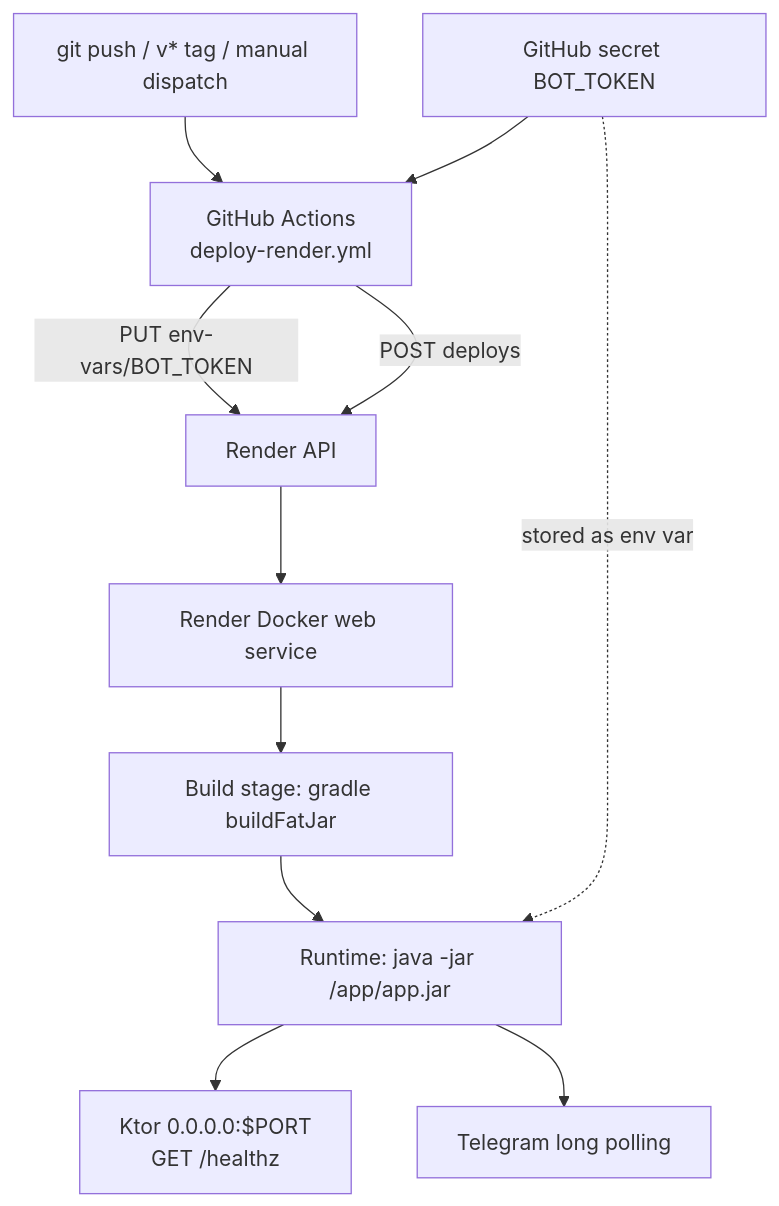
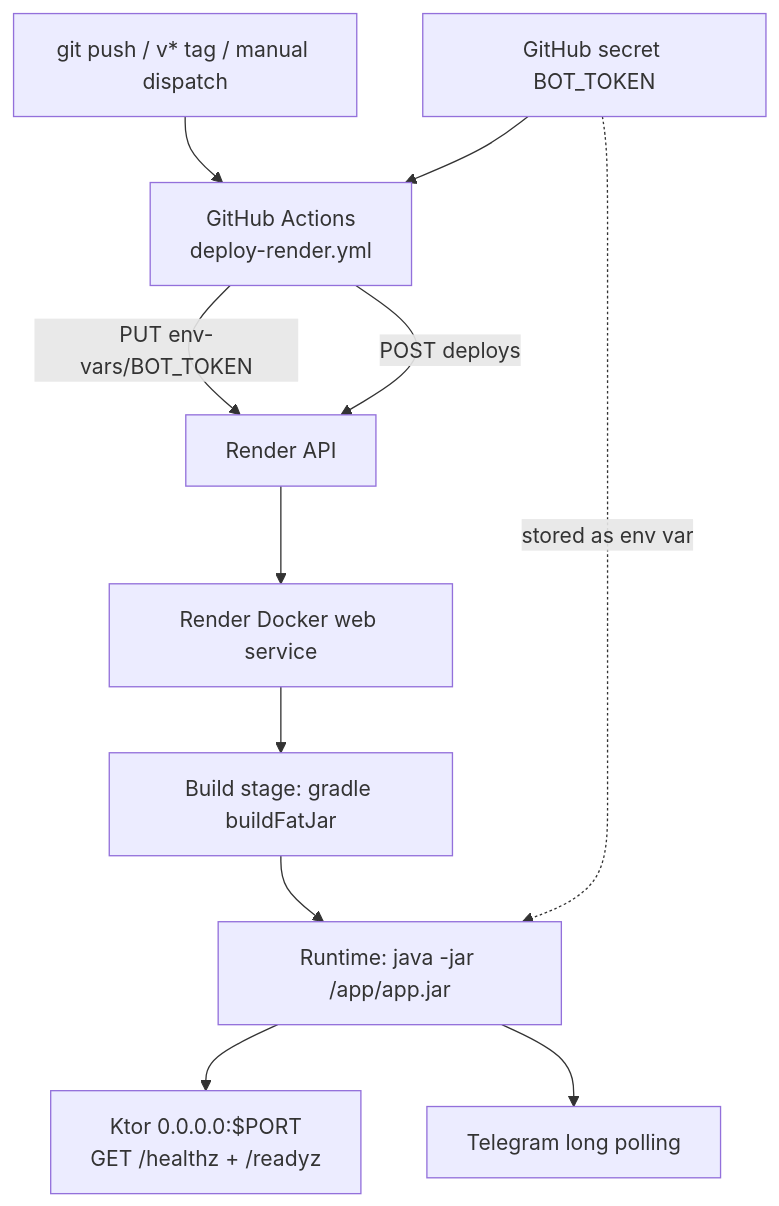
One commit to Giancarmine/rock-paper-scissors-lizard-spock-bot changed the fourth of 4 diagrams in docs/ARCHITECTURE.md. Above: the diagram before and after it, drawn with Mermaid. The commit also changed other lines of this file and 12 other files, not shown here.

````diff
--- a/docs/ARCHITECTURE.md
+++ b/docs/ARCHITECTURE.md
@@ -188,13 +195,13 @@
 ```mermaid
 flowchart TB
     Dev[git push / v* tag / manual dispatch] --> GHA[GitHub Actions<br/>deploy-render.yml]
     GHA -->|PUT env-vars/BOT_TOKEN| RenderAPI[Render API]
     GHA -->|POST deploys| RenderAPI
     RenderAPI --> Render[Render Docker web service]
     Render --> Build[Build stage: gradle buildFatJar]
     Build --> Runtime[Runtime: java -jar /app/app.jar]
-    Runtime --> Health[Ktor 0.0.0.0:$PORT<br/>GET /healthz]
+    Runtime --> Health[Ktor 0.0.0.0:$PORT<br/>GET /healthz + /readyz]
     Runtime --> Poll[Telegram long polling]
     Secret[GitHub secret BOT_TOKEN] --> GHA
     Secret -.->|stored as env var| Runtime
 ```
````
